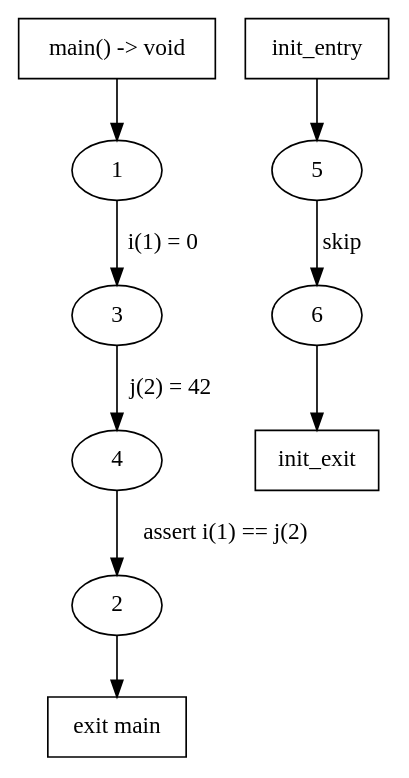
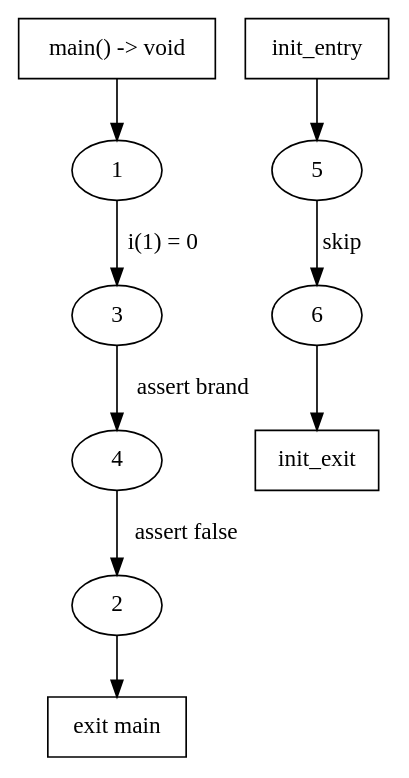
The diagram in cfg.dot (JeanCASPAR/semverif), drawn with Graphviz before and after one commit. The commit also changed 1 other file, not shown here.

```diff
--- a/cfg.dot
+++ b/cfg.dot
@@ -1,14 +1,14 @@
 digraph CFG {
  1 -> 3 [label="i(1) = 0"];
- 3 -> 4 [label="j(2) = 42"];
- 4 -> 2 [label="assert i(1) == j(2)"];
+ 3 -> 4 [label="assert brand"];
+ 4 -> 2 [label="assert false"];
  5 -> 6 [label="skip"];
   entry_main [shape=box,label="main() -> void"];
   exit_main [shape=box,label="exit main"];
   entry_main -> 1;
   2 -> exit_main;
   init_entry [shape=box];
   init_exit [shape=box];
   init_entry -> 5;
   6 -> init_exit;
 }
```
